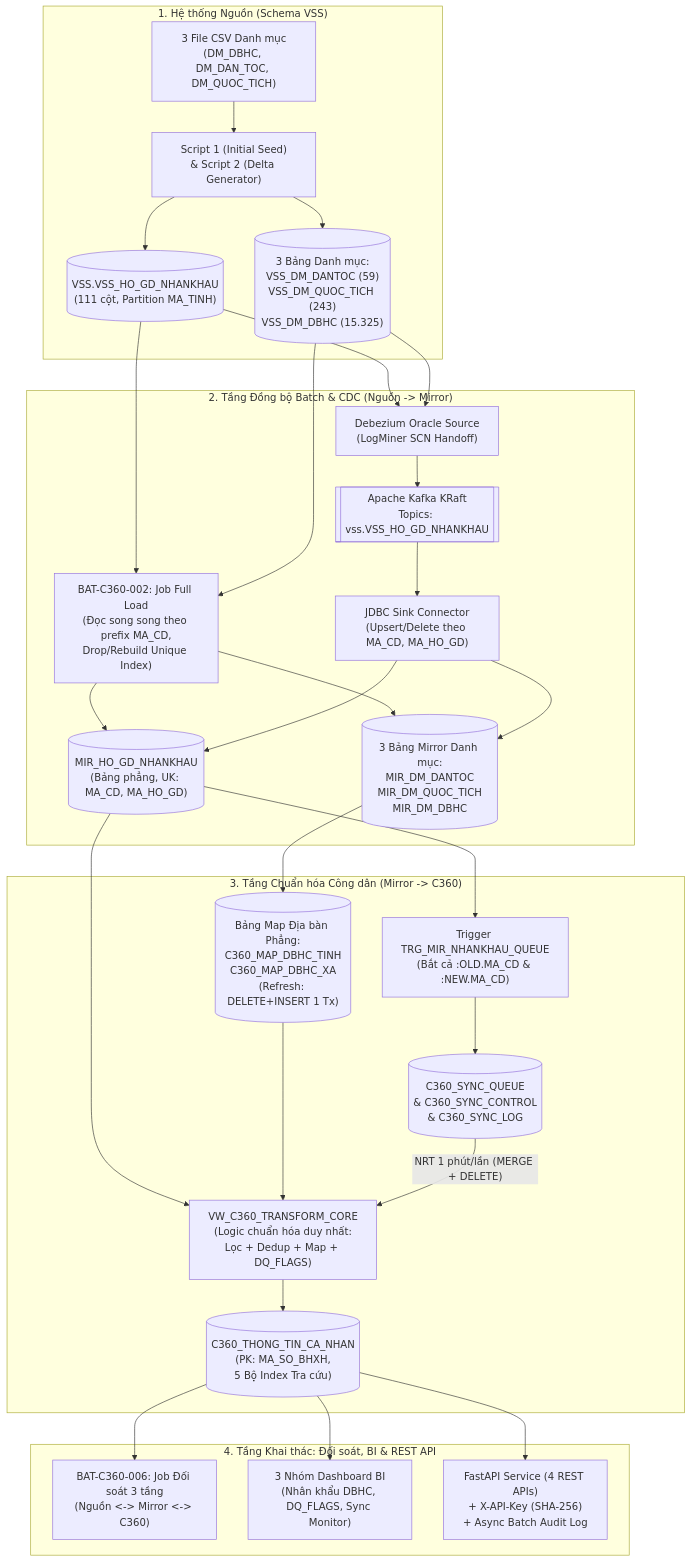
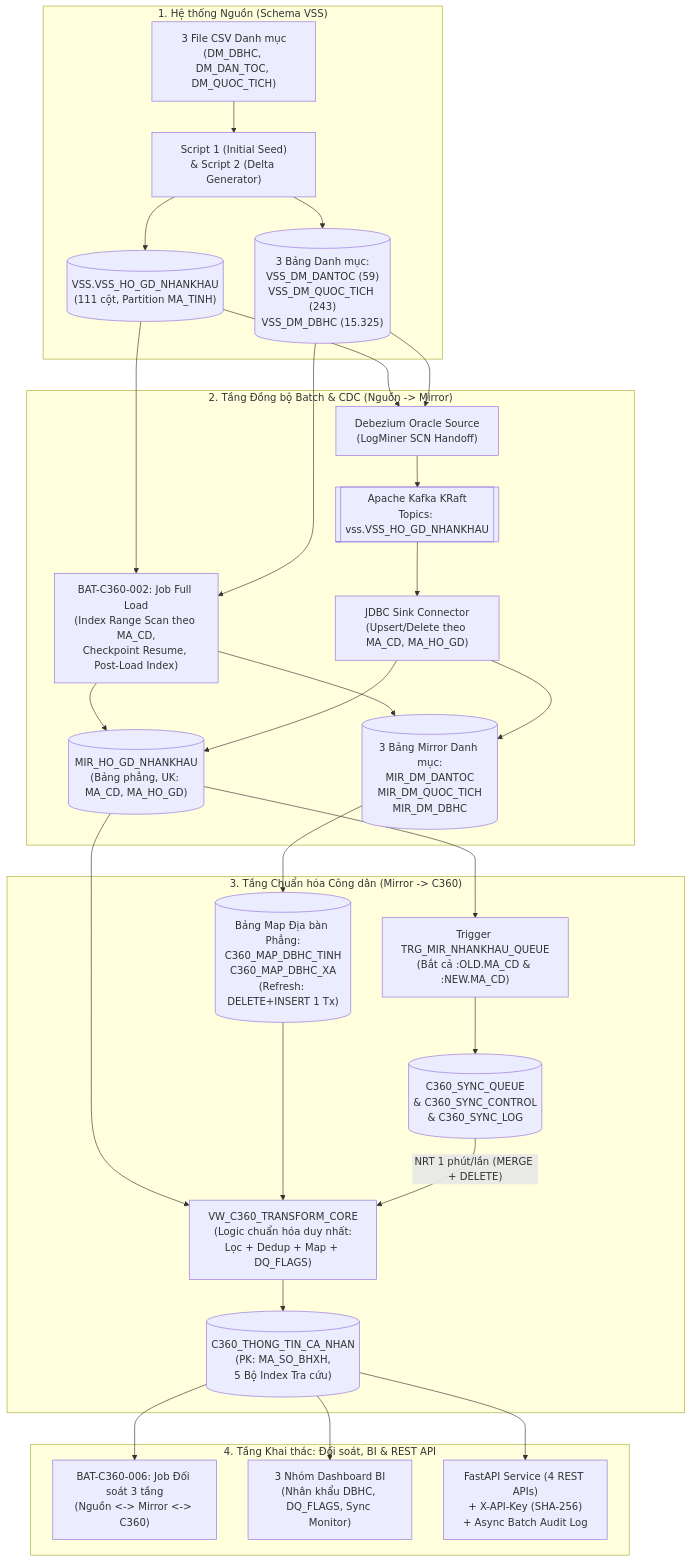
One commit to muontrothanhtop1hacklor/hgd_c360_pipeline changed the diagram in design/ThietKeCoBan_BasicDesign_HGD_C360.md. Above: the diagram before and after it, drawn with Mermaid. The commit also changed other lines of this file and 16 other files, not shown here.

Commit message:
fix(week1): resolve review findings on filter rules, range-scan full load, checkpointing, dantoc CSV, and mirror index/null handling

````diff
--- a/design/ThietKeCoBan_BasicDesign_HGD_C360.md
+++ b/design/ThietKeCoBan_BasicDesign_HGD_C360.md
@@ -69,42 +69,42 @@
 ```mermaid
 flowchart TD
     subgraph SourceLayer["1. Hệ thống Nguồn (Schema VSS)"]
         CSV["3 File CSV Danh mục\n(DM_DBHC, DM_DAN_TOC, DM_QUOC_TICH)"]
         GEN["Script 1 (Initial Seed)\n& Script 2 (Delta Generator)"]
         VSS_NK[("VSS.VSS_HO_GD_NHANKHAU\n(111 cột, Partition MA_TINH)")]
         VSS_DM[("3 Bảng Danh mục:\nVSS_DM_DANTOC (59)\nVSS_DM_QUOC_TICH (243)\nVSS_DM_DBHC (15.325)")]
         CSV --> GEN --> VSS_NK & VSS_DM
     end
 
     subgraph SyncLayer["2. Tầng Đồng bộ Batch & CDC (Nguồn -> Mirror)"]
-        FL_JOB["BAT-C360-002: Job Full Load\n(Đọc song song theo prefix MA_CD,\nDrop/Rebuild Unique Index)"]
+        FL_JOB["BAT-C360-002: Job Full Load\n(Index Range Scan theo MA_CD,\nCheckpoint Resume, Post-Load Index)"]
         DBZ_SRC["Debezium Oracle Source\n(LogMiner SCN Handoff)"]
         KAFKA[["Apache Kafka KRaft\nTopics: vss.VSS_HO_GD_NHANKHAU"]]
         DBZ_SINK["JDBC Sink Connector\n(Upsert/Delete theo MA_CD, MA_HO_GD)"]
         MIR_NK[("MIR_HO_GD_NHANKHAU\n(Bảng phẳng, UK: MA_CD, MA_HO_GD)")]
         MIR_DM[("3 Bảng Mirror Danh mục:\nMIR_DM_DANTOC\nMIR_DM_QUOC_TICH\nMIR_DM_DBHC")]
     end
 
     subgraph C360Layer["3. Tầng Chuẩn hóa Công dân (Mirror -> C360)"]
         TRG["Trigger TRG_MIR_NHANKHAU_QUEUE\n(Bắt cả :OLD.MA_CD & :NEW.MA_CD)"]
         QUEUE[("C360_SYNC_QUEUE\n& C360_SYNC_CONTROL\n& C360_SYNC_LOG")]
         MAP_TBL[("Bảng Map Địa bàn Phẳng:\nC360_MAP_DBHC_TINH\nC360_MAP_DBHC_XA\n(Refresh: DELETE+INSERT 1 Tx)")]
         CORE_VIEW["VW_C360_TRANSFORM_CORE\n(Logic chuẩn hóa duy nhất:\nLọc + Dedup + Map + DQ_FLAGS)"]
         C360_TBL[("C360_THONG_TIN_CA_NHAN\n(PK: MA_SO_BHXH,\n5 Bộ Index Tra cứu)")]
     end
 
     subgraph ServingLayer["4. Tầng Khai thác: Đối soát, BI & REST API"]
         RECON["BAT-C360-006: Job Đối soát 3 tầng\n(Nguồn <-> Mirror <-> C360)"]
         BI_DASH["3 Nhóm Dashboard BI\n(Nhân khẩu DBHC, DQ_FLAGS, Sync Monitor)"]
         API_SVC["FastAPI Service (4 REST APIs)\n+ X-API-Key (SHA-256)\n+ Async Batch Audit Log"]
     end
 
     VSS_NK & VSS_DM --> FL_JOB --> MIR_NK & MIR_DM
     VSS_NK & VSS_DM --> DBZ_SRC --> KAFKA --> DBZ_SINK --> MIR_NK & MIR_DM
     MIR_NK --> TRG --> QUEUE
     MIR_DM --> MAP_TBL
     MIR_NK & MAP_TBL --> CORE_VIEW
     QUEUE -->|"NRT 1 phút/lần (MERGE + DELETE)"| CORE_VIEW
     CORE_VIEW --> C360_TBL
     C360_TBL --> RECON & BI_DASH & API_SVC
 ```
````
